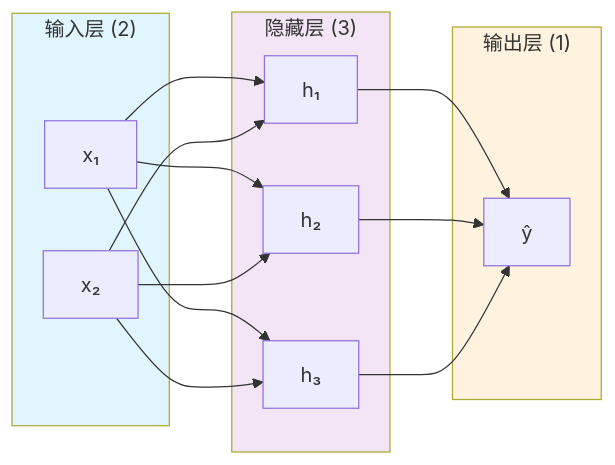
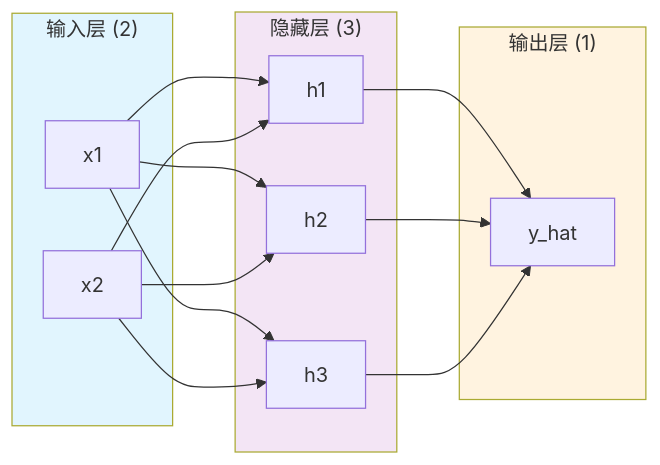
Before and after one commit to doge-liang/from-function-to-transformer: the fourth of 4 diagrams in docs/02-neural-networks.md, drawn with Mermaid. The commit also changed other lines of this file and 3 other files, not shown here.

First line of the commit message:
Fix mermaid special characters

````diff
--- a/docs/02-neural-networks.md
+++ b/docs/02-neural-networks.md
@@ -134,31 +134,31 @@
 ```mermaid
 flowchart LR
     subgraph 输入["输入层 (2)"]
-    x1[x₁]
-    x2[x₂]
+    x1[x1]
+    x2[x2]
     end
 
     subgraph 隐藏["隐藏层 (3)"]
-    h1[h₁]
-    h2[h₂]
-    h3[h₃]
+    h1[h1]
+    h2[h2]
+    h3[h3]
     end
 
     subgraph 输出["输出层 (1)"]
-    o[ŷ]
+    o[y_hat]
     end
 
     x1 --> h1
     x1 --> h2
     x1 --> h3
     x2 --> h1
     x2 --> h2
     x2 --> h3
     h1 --> o
     h2 --> o
     h3 --> o
 
     style 输入 fill:#e1f5fe
     style 隐藏 fill:#f3e5f5
     style 输出 fill:#fff3e0
 ```
````
